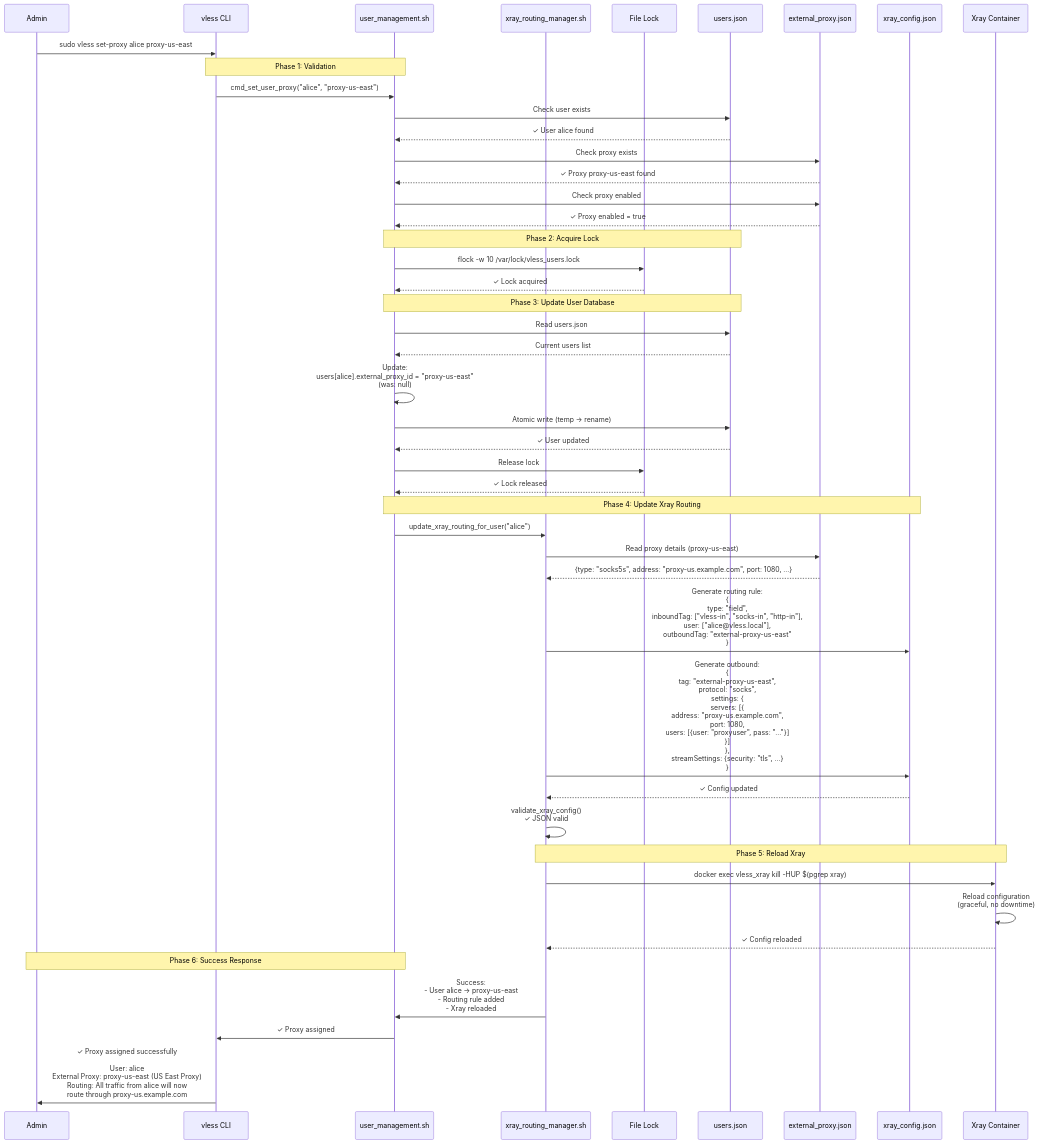
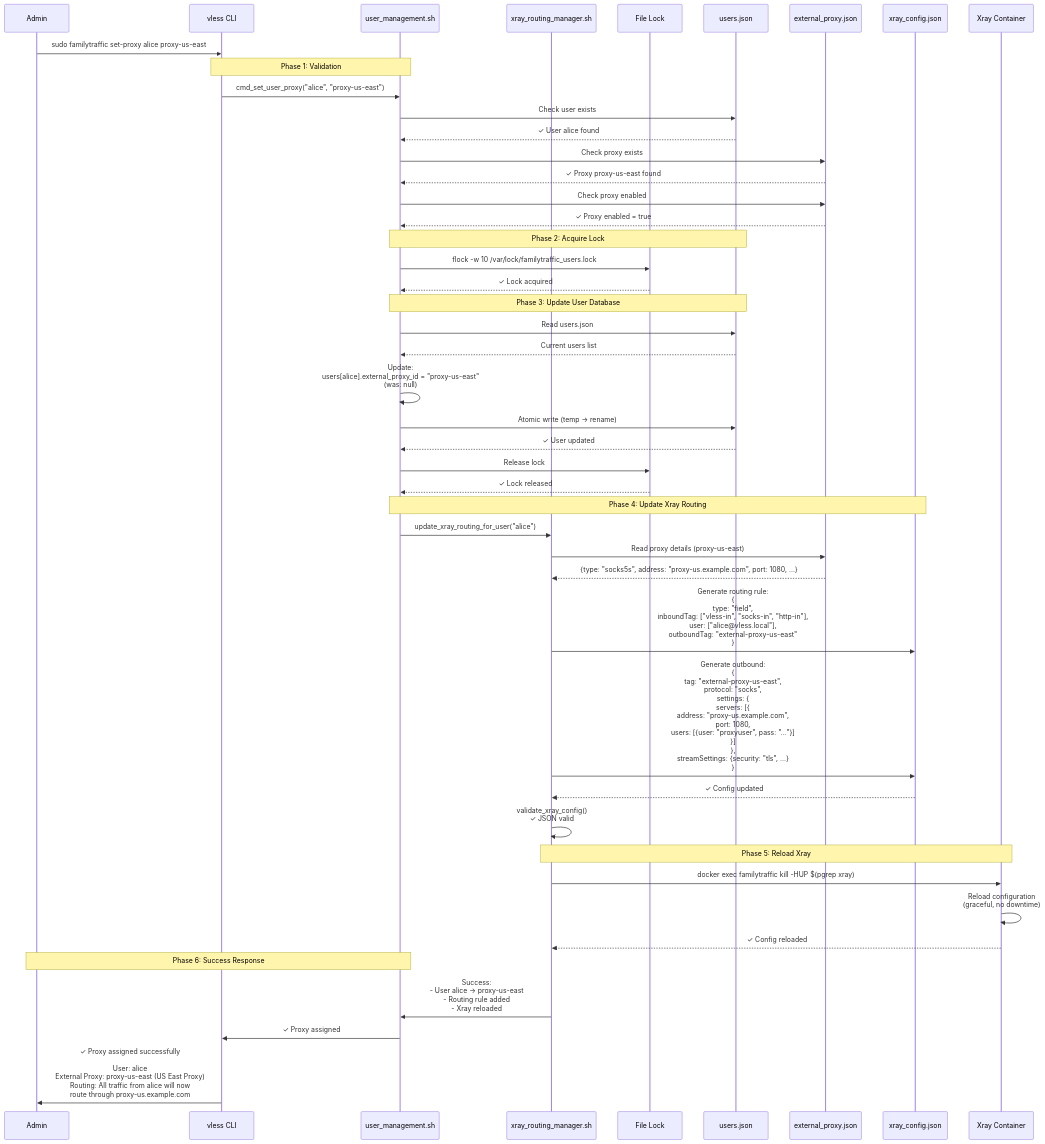
One commit to ikeniborn/vless changed the second of 9 diagrams in docs/architecture/diagrams/sequences/proxy-assignment.md. Above: the diagram before and after it, drawn with Mermaid. The commit also changed other lines of this file and 66 other files, not shown here.

First line of the commit message:
refactor(rename): replace old project name 'vless' with 'familytraffic'

````diff
--- a/docs/architecture/diagrams/sequences/proxy-assignment.md
+++ b/docs/architecture/diagrams/sequences/proxy-assignment.md
@@ -96,72 +96,72 @@
 ```mermaid
 sequenceDiagram
     participant Admin
     participant CLI as vless CLI
     participant UserMgmt as user_management.sh
     participant XrayRouting as xray_routing_manager.sh
     participant Lock as File Lock
     participant UsersDB as users.json
     participant ProxyDB as external_proxy.json
     participant XrayConfig as xray_config.json
     participant Xray as Xray Container
 
-    Admin->>CLI: sudo vless set-proxy alice proxy-us-east
+    Admin->>CLI: sudo familytraffic set-proxy alice proxy-us-east
 
     Note over CLI,UserMgmt: Phase 1: Validation
 
     CLI->>UserMgmt: cmd_set_user_proxy("alice", "proxy-us-east")
 
     UserMgmt->>UsersDB: Check user exists
     UsersDB-->>UserMgmt: ✓ User alice found
 
     UserMgmt->>ProxyDB: Check proxy exists
     ProxyDB-->>UserMgmt: ✓ Proxy proxy-us-east found
 
     UserMgmt->>ProxyDB: Check proxy enabled
     ProxyDB-->>UserMgmt: ✓ Proxy enabled = true
 
     Note over UserMgmt,UsersDB: Phase 2: Acquire Lock
 
-    UserMgmt->>Lock: flock -w 10 /var/lock/vless_users.lock
+    UserMgmt->>Lock: flock -w 10 /var/lock/familytraffic_users.lock
     Lock-->>UserMgmt: ✓ Lock acquired
 
     Note over UserMgmt,UsersDB: Phase 3: Update User Database
 
     UserMgmt->>UsersDB: Read users.json
     UsersDB-->>UserMgmt: Current users list
 
     UserMgmt->>UserMgmt: Update:<br/>users[alice].external_proxy_id = "proxy-us-east"<br/>(was: null)
 
     UserMgmt->>UsersDB: Atomic write (temp → rename)
     UsersDB-->>UserMgmt: ✓ User updated
 
     UserMgmt->>Lock: Release lock
     Lock-->>UserMgmt: ✓ Lock released
 
     Note over UserMgmt,XrayConfig: Phase 4: Update Xray Routing
 
     UserMgmt->>XrayRouting: update_xray_routing_for_user("alice")
 
     XrayRouting->>ProxyDB: Read proxy details (proxy-us-east)
     ProxyDB-->>XrayRouting: {type: "socks5s", address: "proxy-us.example.com", port: 1080, ...}
 
     XrayRouting->>XrayConfig: Generate routing rule:<br/>{<br/> type: "field",<br/> inboundTag: ["vless-in", "socks-in", "http-in"],<br/> user: ["alice@vless.local"],<br/> outboundTag: "external-proxy-us-east"<br/>}
 
     XrayRouting->>XrayConfig: Generate outbound:<br/>{<br/> tag: "external-proxy-us-east",<br/> protocol: "socks",<br/> settings: {<br/>   servers: [{<br/>     address: "proxy-us.example.com",<br/>     port: 1080,<br/>     users: [{user: "proxyuser", pass: "..."}]<br/>   }]<br/> },<br/> streamSettings: {security: "tls", ...}<br/>}
 
     XrayConfig-->>XrayRouting: ✓ Config updated
 
     XrayRouting->>XrayRouting: validate_xray_config()<br/>✓ JSON valid
 
     Note over XrayRouting,Xray: Phase 5: Reload Xray
 
-    XrayRouting->>Xray: docker exec vless_xray kill -HUP $(pgrep xray)
+    XrayRouting->>Xray: docker exec familytraffic kill -HUP $(pgrep xray)
     Xray->>Xray: Reload configuration<br/>(graceful, no downtime)
     Xray-->>XrayRouting: ✓ Config reloaded
 
     Note over UserMgmt,Admin: Phase 6: Success Response
 
     XrayRouting->>UserMgmt: Success:<br/>- User alice → proxy-us-east<br/>- Routing rule added<br/>- Xray reloaded
     UserMgmt->>CLI: ✓ Proxy assigned
     CLI->>Admin: ✓ Proxy assigned successfully<br/><br/>User: alice<br/>External Proxy: proxy-us-east (US East Proxy)<br/>Routing: All traffic from alice will now<br/> route through proxy-us.example.com
 ```
````
